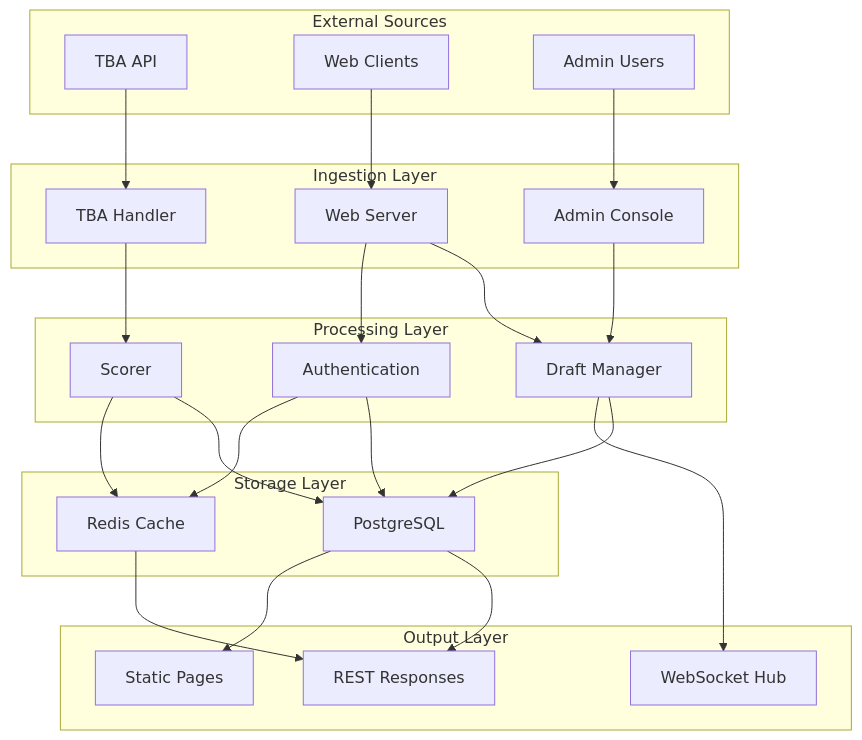
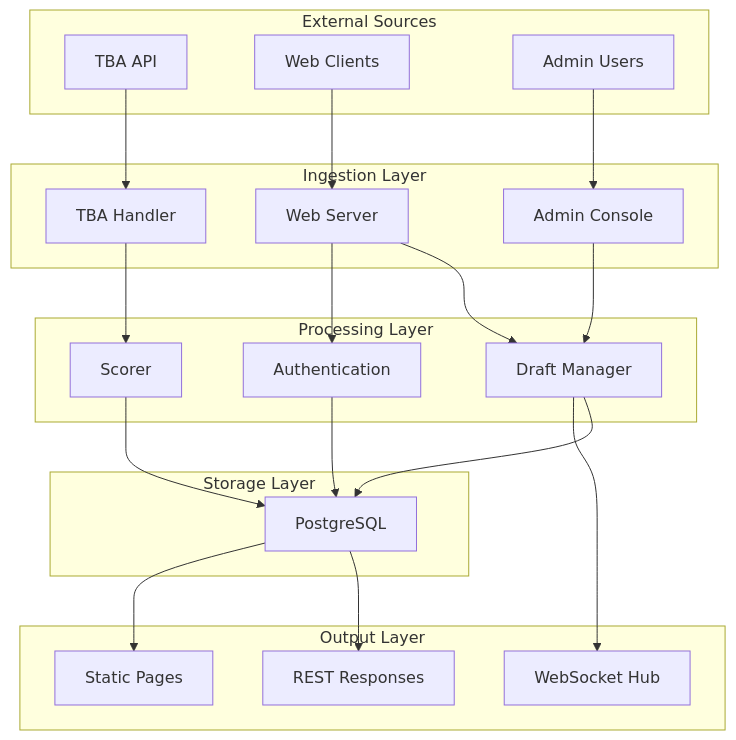
One commit to squirlemaster42/fantasy-frc-web changed the first of 5 diagrams in docs/architecture/data-flow.md. Above: the diagram before and after it, drawn with Mermaid.

````diff
--- a/docs/architecture/data-flow.md
+++ b/docs/architecture/data-flow.md
@@ -7,48 +7,44 @@
 ```mermaid
 graph TD
     subgraph "External Sources"
         A[TBA API]
         B[Web Clients]
         C[Admin Users]
     end
     
     subgraph "Ingestion Layer"
         D[TBA Handler]
         E[Web Server]
         F[Admin Console]
     end
     
     subgraph "Processing Layer"
         G[Scorer]
         H[Draft Manager]
         I[Authentication]
     end
     
     subgraph "Storage Layer"
         J[PostgreSQL]
-        K[Redis Cache]
     end
     
     subgraph "Output Layer"
         L[WebSocket Hub]
         M[REST Responses]
         N[Static Pages]
     end
     
     A --> D
     B --> E
     C --> F
     D --> G
     E --> H
     E --> I
     F --> H
     G --> J
     H --> J
     I --> J
-    G --> K
     H --> L
-    I --> K
     J --> M
-    K --> M
     J --> N
 ```
````
